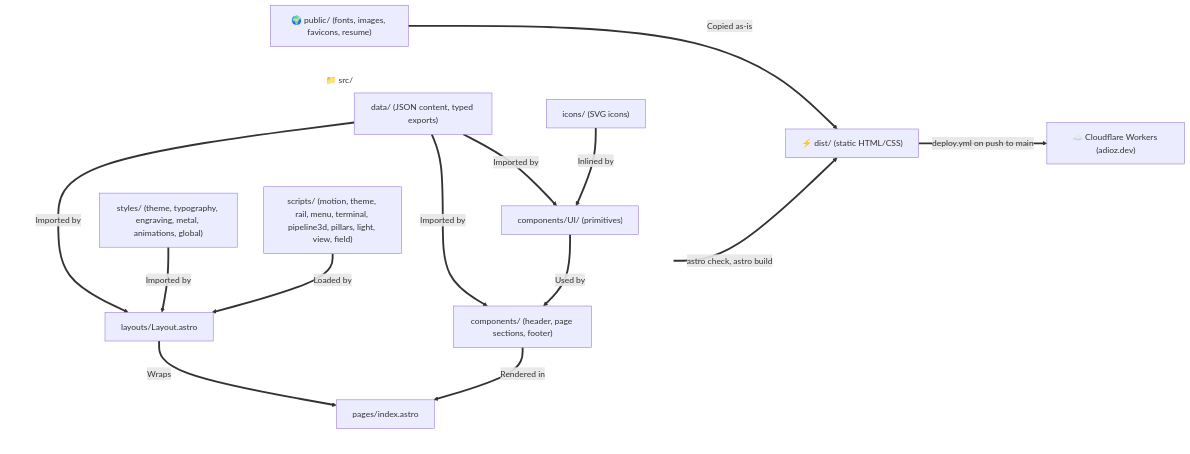
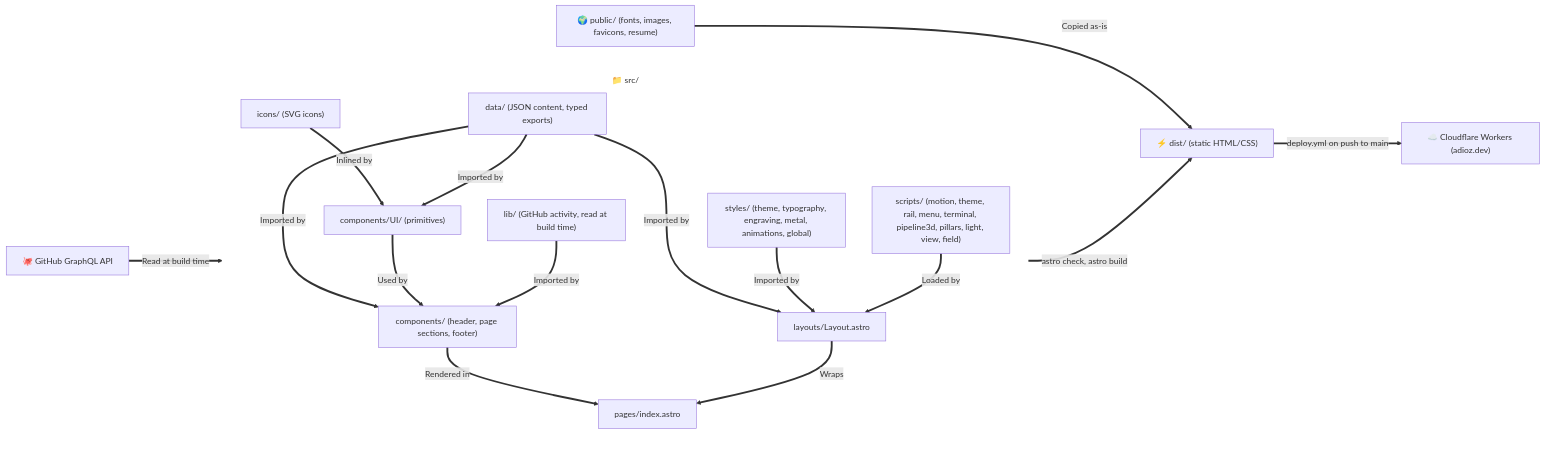
Before and after one commit to adiozeshitemi/adioz-profile: the diagram in docs/architecture.md, drawn with Mermaid. The commit also changed other lines of this file and 7 other files, not shown here.

First line of the commit message:
feat(activity): add the GitHub activity panel under the experience views

````diff
--- a/docs/architecture.md
+++ b/docs/architecture.md
@@ -9,33 +9,36 @@
 ```mermaid
 flowchart LR
     %% Define invisible styling for subgraphs to remove backgrounds and borders
     classDef transparent fill:none,stroke:none;
 
     subgraph Src ["📁 src/"]
         direction TB
         Data["data/ (JSON content, typed exports)"]
+        Lib["lib/ (GitHub activity, read at build time)"]
         Styles["styles/ (theme, typography, engraving, metal, animations, global)"]
         Scripts["scripts/ (motion, theme, rail, menu, terminal, pipeline3d, pillars, light, view, field)"]
         Icons["icons/ (SVG icons)"]
         UI["components/UI/ (primitives)"]
         Sections["components/ (header, page sections, footer)"]
         Layout["layouts/Layout.astro"]
         Page["pages/index.astro"]
     end
 
     Icons ==>|Inlined by| UI
     Data ==>|Imported by| UI
     Data ==>|Imported by| Sections
     UI ==>|Used by| Sections
     Data ==>|Imported by| Layout
+    Lib ==>|Imported by| Sections
+    GitHub["🐙 GitHub GraphQL API"] ==>|Read at build time| Lib
     Styles ==>|Imported by| Layout
     Scripts ==>|Loaded by| Layout
     Sections ==>|Rendered in| Page
     Layout ==>|Wraps| Page
     Page ==>|astro check, astro build| Dist["⚡ dist/ (static HTML/CSS)"]
     Public["🌍 public/ (fonts, images, favicons, resume)"] ==>|Copied as-is| Dist
     Dist ==>|deploy.yml on push to main| Workers["☁️ Cloudflare Workers (adioz.dev)"]
 
     %% Apply transparent class to subgraphs
     class Src transparent;
 ```
````
